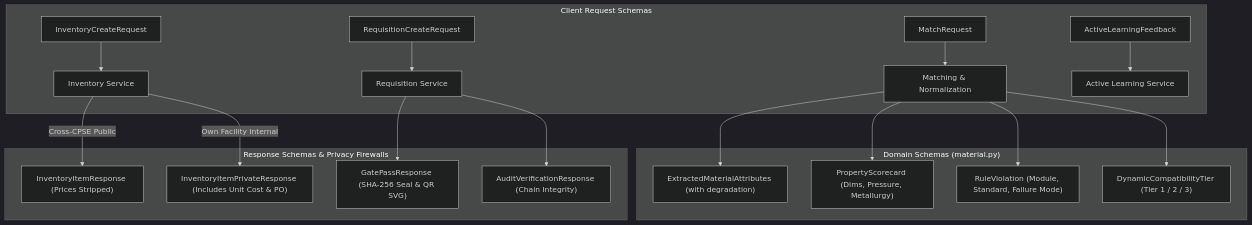
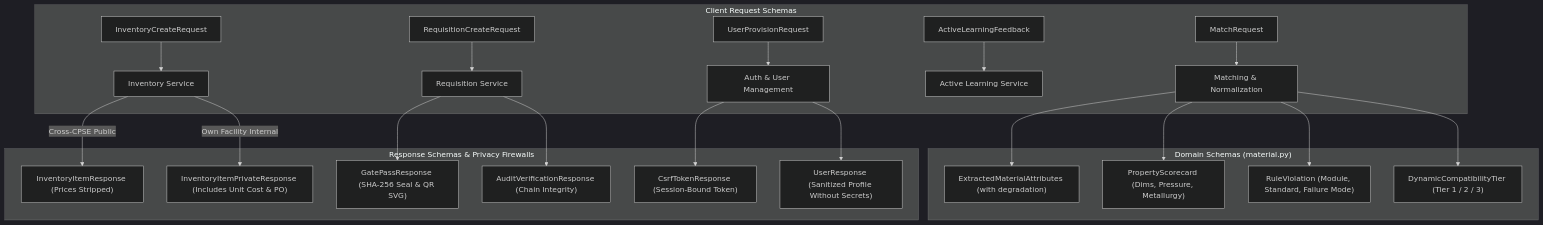
The diagram in backend/app/schemas/README.md (Gesicht436/Samanvay-AI), drawn with Mermaid (dark theme) before and after one commit. The commit also changed other lines of this file and 20 other files, not shown here.

First line of the commit message:
docs: update architectural documentation, security specs, and dev runbooks for enterprise auth

````diff
--- a/backend/app/schemas/README.md
+++ b/backend/app/schemas/README.md
@@ -13,23 +13,26 @@
 ```mermaid
 flowchart TD
     subgraph ClientRequests["Client Request Schemas"]
         MR["MatchRequest"] --> IngestionEngine["Matching & Normalization"]
         ICR["InventoryCreateRequest"] --> StockEngine["Inventory Service"]
         RCR["RequisitionCreateRequest"] --> ReqEngine["Requisition Service"]
         ALF["ActiveLearningFeedback"] --> MLLoop["Active Learning Service"]
+        UPR["UserProvisionRequest"] --> AuthEngine["Auth & User Management"]
     end
 
     subgraph EvaluationContracts["Domain Schemas (material.py)"]
         IngestionEngine --> EMA["ExtractedMaterialAttributes (with degradation)"]
         IngestionEngine --> PSC["PropertyScorecard (Dims, Pressure, Metallurgy)"]
         IngestionEngine --> RV["RuleViolation (Module, Standard, Failure Mode)"]
         IngestionEngine --> DCT["DynamicCompatibilityTier (Tier 1 / 2 / 3)"]
     end
 
     subgraph ResponseBoundaries["Response Schemas & Privacy Firewalls"]
         StockEngine -->|Cross-CPSE Public| IIR["InventoryItemResponse (Prices Stripped)"]
         StockEngine -->|Own Facility Internal| IIPR["InventoryItemPrivateResponse (Includes Unit Cost & PO)"]
         ReqEngine --> GPR["GatePassResponse (SHA-256 Seal & QR SVG)"]
         ReqEngine --> AVR["AuditVerificationResponse (Chain Integrity)"]
+        AuthEngine --> CSRF_RESP["CsrfTokenResponse (Session-Bound Token)"]
+        AuthEngine --> UR["UserResponse (Sanitized Profile Without Secrets)"]
     end
 ```
````
